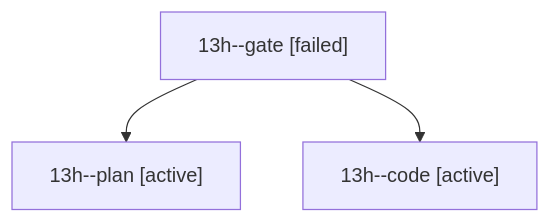
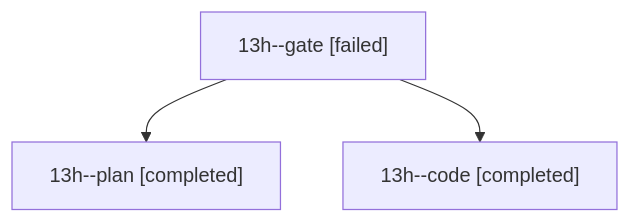
One commit to bobs-org/bob-cli--agents changed the diagram in sessions/bbugyi200.athena.13h.md. Above: the diagram before and after it, drawn with Mermaid. The commit also changed other lines of this file and 15 other files, not shown here.

````diff
--- a/sessions/bbugyi200.athena.13h.md
+++ b/sessions/bbugyi200.athena.13h.md
@@ -9,8 +9,8 @@
 ```mermaid
 flowchart TD
   n0["13h--gate [failed]"]
-  n1["13h--plan [active]"]
+  n1["13h--plan [completed]"]
   n0 --> n1
-  n2["13h--code [active]"]
+  n2["13h--code [completed]"]
   n0 --> n2
 ```
````
